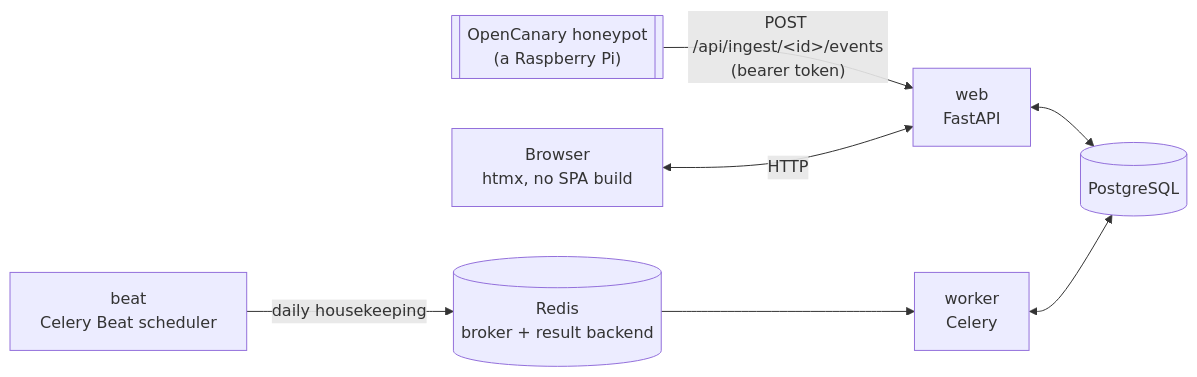
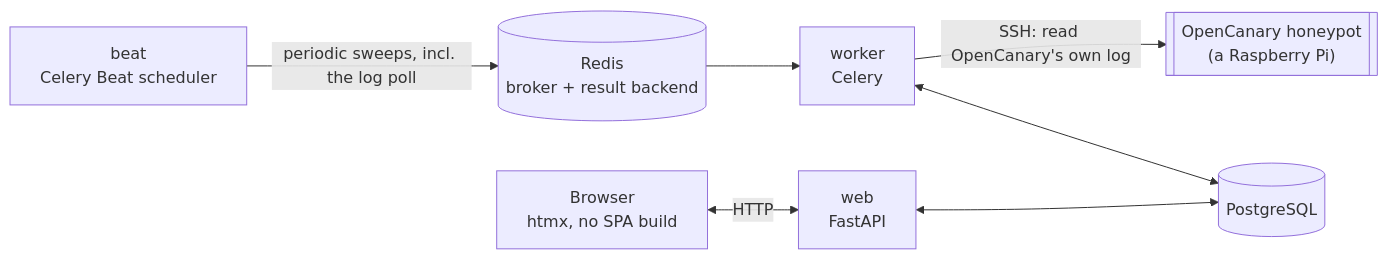
One commit to sparkycz1/honeypot-shelf changed the diagram in wiki/Architecture.md. Above: the diagram before and after it, drawn with Mermaid. The commit also changed other lines of this file and 39 other files, not shown here.

````diff
--- a/wiki/Architecture.md
+++ b/wiki/Architecture.md
@@ -30,17 +30,17 @@
 ```mermaid
 flowchart LR
     Honeypot[["OpenCanary honeypot<br/>(a Raspberry Pi)"]]
     Browser["Browser<br/>htmx, no SPA build"]
     Web["web<br/>FastAPI"]
     DB[("PostgreSQL")]
     Redis[("Redis<br/>broker + result backend")]
     Worker["worker<br/>Celery"]
     Beat["beat<br/>Celery Beat scheduler"]
 
-    Honeypot -->|"POST /api/ingest/&lt;id&gt;/events<br/>(bearer token)"| Web
+    Worker -->|"SSH: read OpenCanary's own log"| Honeypot
     Browser <-->|HTTP| Web
     Web <--> DB
-    Beat -->|"daily housekeeping"| Redis
+    Beat -->|"periodic sweeps, incl. the log poll"| Redis
     Redis --> Worker
     Worker <--> DB
 ```
````
